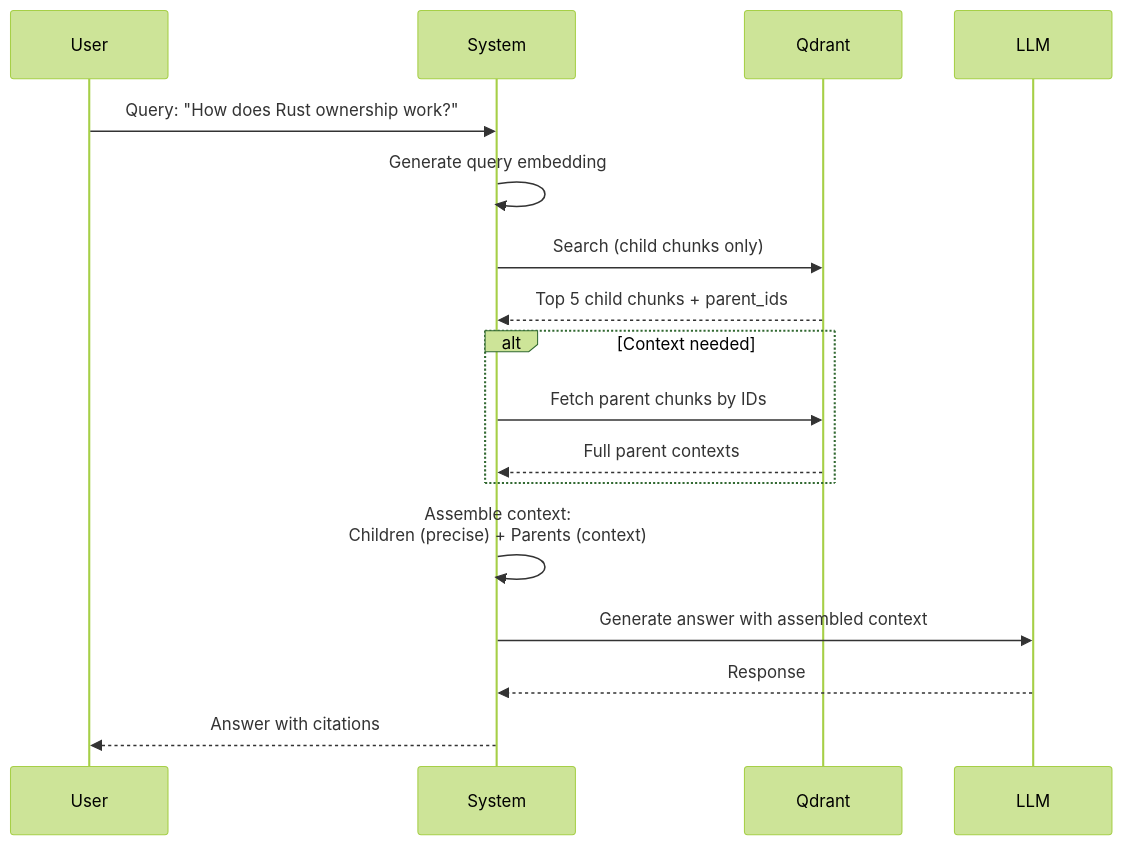
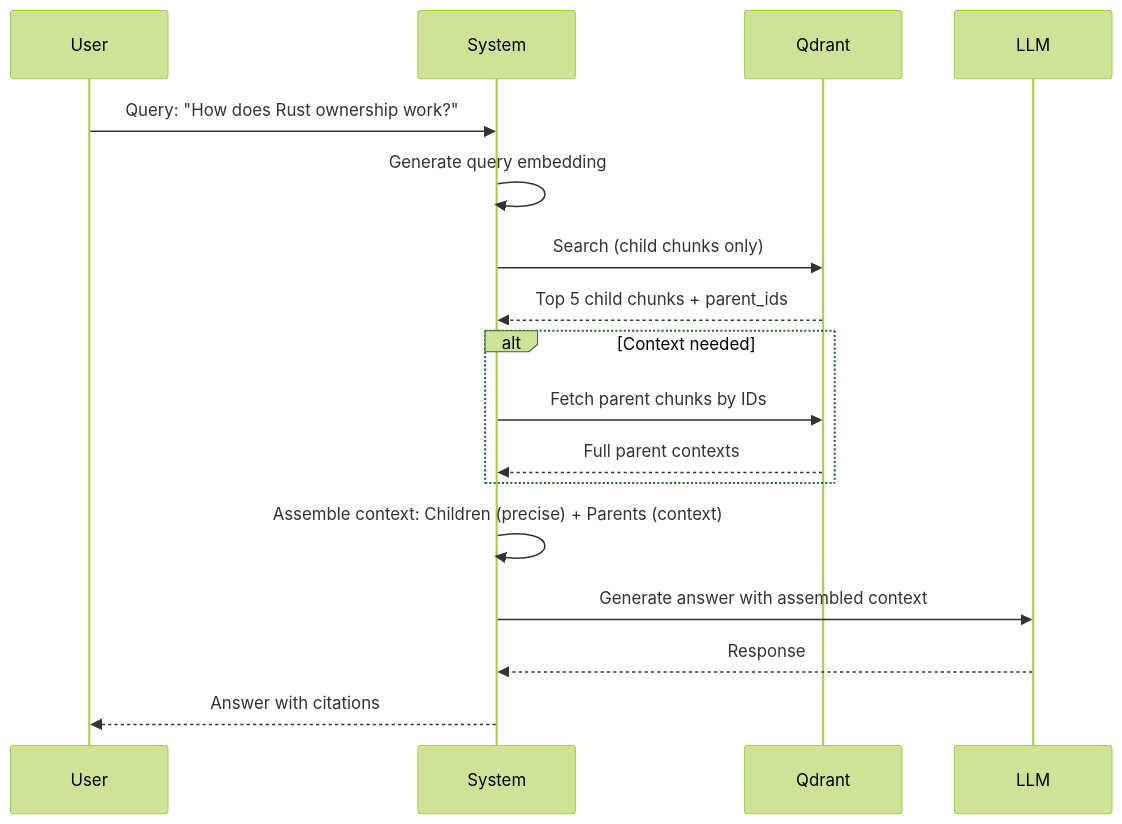
Before and after one commit to softwarewrighter/rag-demo: the third of 6 diagrams in wiki/Chunking-Strategies.md, drawn with Mermaid (forest theme). The commit also changed other lines of this file and 7 other files, not shown here.

````diff
--- a/wiki/Chunking-Strategies.md
+++ b/wiki/Chunking-Strategies.md
@@ -133,22 +133,22 @@
 ```mermaid
 sequenceDiagram
     participant User
     participant System
     participant Qdrant
     participant LLM
 
     User->>System: Query: "How does Rust ownership work?"
     System->>System: Generate query embedding
     System->>Qdrant: Search (child chunks only)
     Qdrant-->>System: Top 5 child chunks + parent_ids
 
     alt Context needed
         System->>Qdrant: Fetch parent chunks by IDs
         Qdrant-->>System: Full parent contexts
     end
 
-    System->>System: Assemble context:<br/>Children (precise) + Parents (context)
+    System->>System: Assemble context: Children (precise) + Parents (context)
     System->>LLM: Generate answer with assembled context
     LLM-->>System: Response
     System-->>User: Answer with citations
 ```
````
